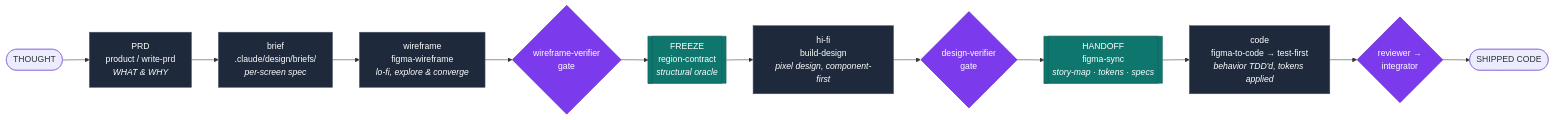
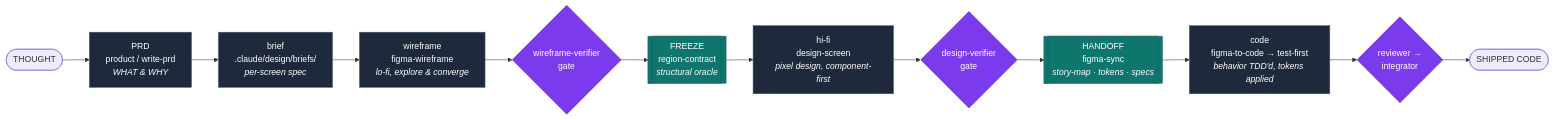
One commit to milad-alizadeh/argo-plugin changed the first of 2 diagrams in PIPELINE.md. Above: the diagram before and after it, drawn with Mermaid. The commit also changed other lines of this file and 10 other files, not shown here.

First line of the commit message:
refactor(skills): rename build-design → design-screen

````diff
--- a/PIPELINE.md
+++ b/PIPELINE.md
@@ -13,21 +13,21 @@
 ```mermaid
 flowchart LR
     classDef stage fill:#1e293b,color:#fff,stroke:#475569
     classDef seam fill:#0f766e,color:#fff,stroke:#115e59
     classDef gate fill:#7c3aed,color:#fff,stroke:#5b21b6
 
     thought([THOUGHT]) --> prd
     prd["PRD<br/>product / write-prd<br/><i>WHAT & WHY</i>"]:::stage
     brief["brief<br/>.claude/design/briefs/<br/><i>per-screen spec</i>"]:::stage
     wf["wireframe<br/>figma-wireframe<br/><i>lo-fi, explore & converge</i>"]:::stage
     wfv{"wireframe-verifier<br/>gate"}:::gate
     freeze[["FREEZE<br/>region-contract<br/><i>structural oracle</i>"]]:::seam
-    hifi["hi-fi<br/>build-design<br/><i>pixel design, component-first</i>"]:::stage
+    hifi["hi-fi<br/>design-screen<br/><i>pixel design, component-first</i>"]:::stage
     dv{"design-verifier<br/>gate"}:::gate
     handoff[["HANDOFF<br/>figma-sync<br/><i>story-map · tokens · specs</i>"]]:::seam
     code["code<br/>figma-to-code → test-first<br/><i>behavior TDD'd, tokens applied</i>"]:::stage
     rev{"reviewer →<br/>integrator"}:::gate
     shipped([SHIPPED CODE])
 
     prd --> brief --> wf --> wfv --> freeze --> hifi --> dv --> handoff --> code --> rev --> shipped
 ```
````
